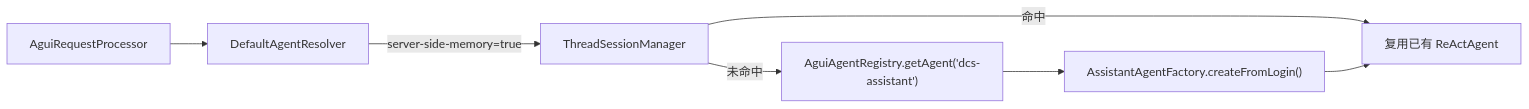
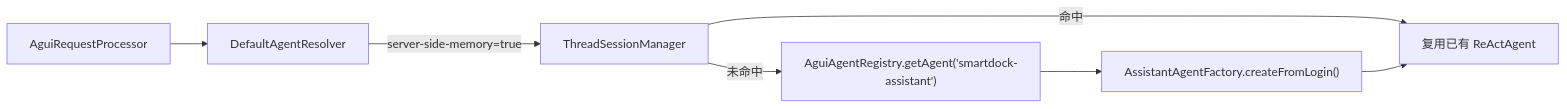
Diagram 12 of 18 in docs/backend-architecture.md (ck-ys/SmartDock), drawn with Mermaid before and after one commit. The commit also changed other lines of this file and 24 other files, not shown here.

````diff
--- a/docs/backend-architecture.md
+++ b/docs/backend-architecture.md
@@ -878,9 +878,9 @@
 ```mermaid
 flowchart LR
   P["AguiRequestProcessor"] --> D["DefaultAgentResolver"]
   D -->|server-side-memory=true| T["ThreadSessionManager"]
   T -->|命中| A["复用已有 ReActAgent"]
-  T -->|未命中| R["AguiAgentRegistry.getAgent('dcs-assistant')"]
+  T -->|未命中| R["AguiAgentRegistry.getAgent('smartdock-assistant')"]
   R --> F["AssistantAgentFactory.createFromLogin()"]
   F --> A
 ```
````
